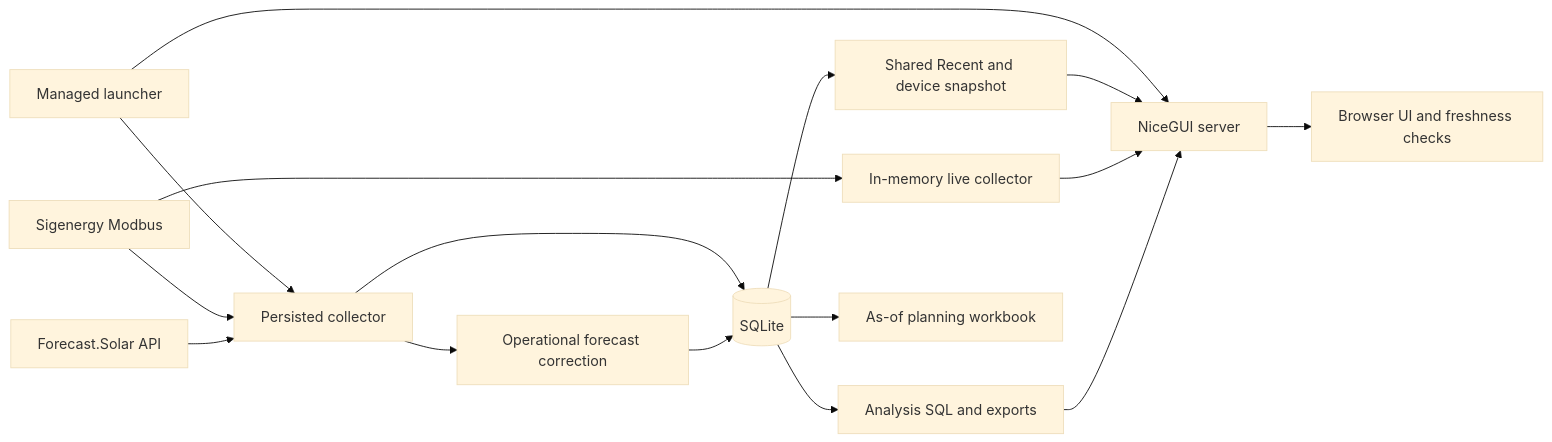
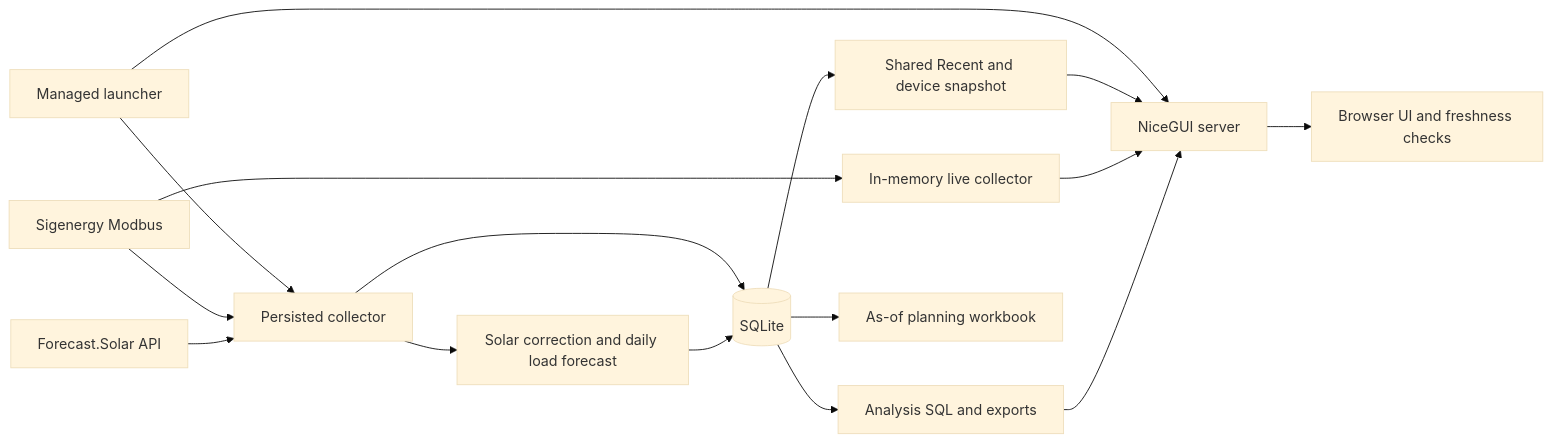
One commit to gleesonger/solar_model changed the diagram in documentation/overview/architecture.md. Above: the diagram before and after it, drawn with Mermaid (base theme). The commit also changed other lines of this file and 31 other files, not shown here.

Commit message:
build load forecast into main dashboard

````diff
--- a/documentation/overview/architecture.md
+++ b/documentation/overview/architecture.md
@@ -13,18 +13,18 @@
 ```mermaid
 flowchart LR
     Supervisor[Managed launcher] --> Collector[Persisted collector]
     Supervisor --> Dashboard[NiceGUI server]
     Device[Sigenergy Modbus] --> Collector
     Provider[Forecast.Solar API] --> Collector
-    Collector --> Model[Operational forecast correction]
+    Collector --> Model[Solar correction and daily load forecast]
     Collector --> DB[(SQLite)]
     Model --> DB
     DB --> Cache[Shared Recent and device snapshot]
     Cache --> Dashboard
     Device --> Live[In-memory live collector]
     Live --> Dashboard
     DB --> Analysis[Analysis SQL and exports]
     Analysis --> Dashboard
     DB --> Planning[As-of planning workbook]
     Dashboard --> Browser[Browser UI and freshness checks]
 ```
````
